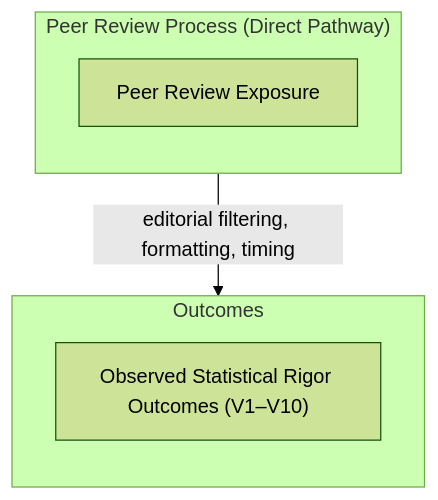
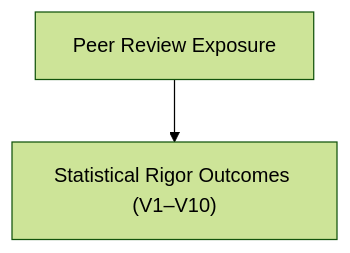
One commit to UofC-Research/peer-review changed the third of 4 diagrams in docs/peer_review_planning_document.md. Above: the diagram before and after it, drawn with Mermaid (forest theme). The commit also changed other lines of this file, not shown here.

First line of the commit message:
doc: Standardize terminology and formatting in peer review planning document

````diff
--- a/docs/peer_review_planning_document.md
+++ b/docs/peer_review_planning_document.md
@@ -167,16 +153,4 @@
 ```mermaid
 flowchart TD
-
-subgraph PROCESS["Peer Review Process (Direct Pathway)"]
-  direction TB
-  PR["Peer Review Exposure"]
-end
-
-subgraph OUTCOME["Outcomes"]
-  direction TB
-  Y["Observed Statistical Rigor Outcomes (V1–V10)"]
-end
-
-PR -->|editorial filtering, formatting, timing| Y
-
+PR["Peer Review Exposure"] --> Y["Statistical Rigor Outcomes (V1–V10)"]
 ```
````
